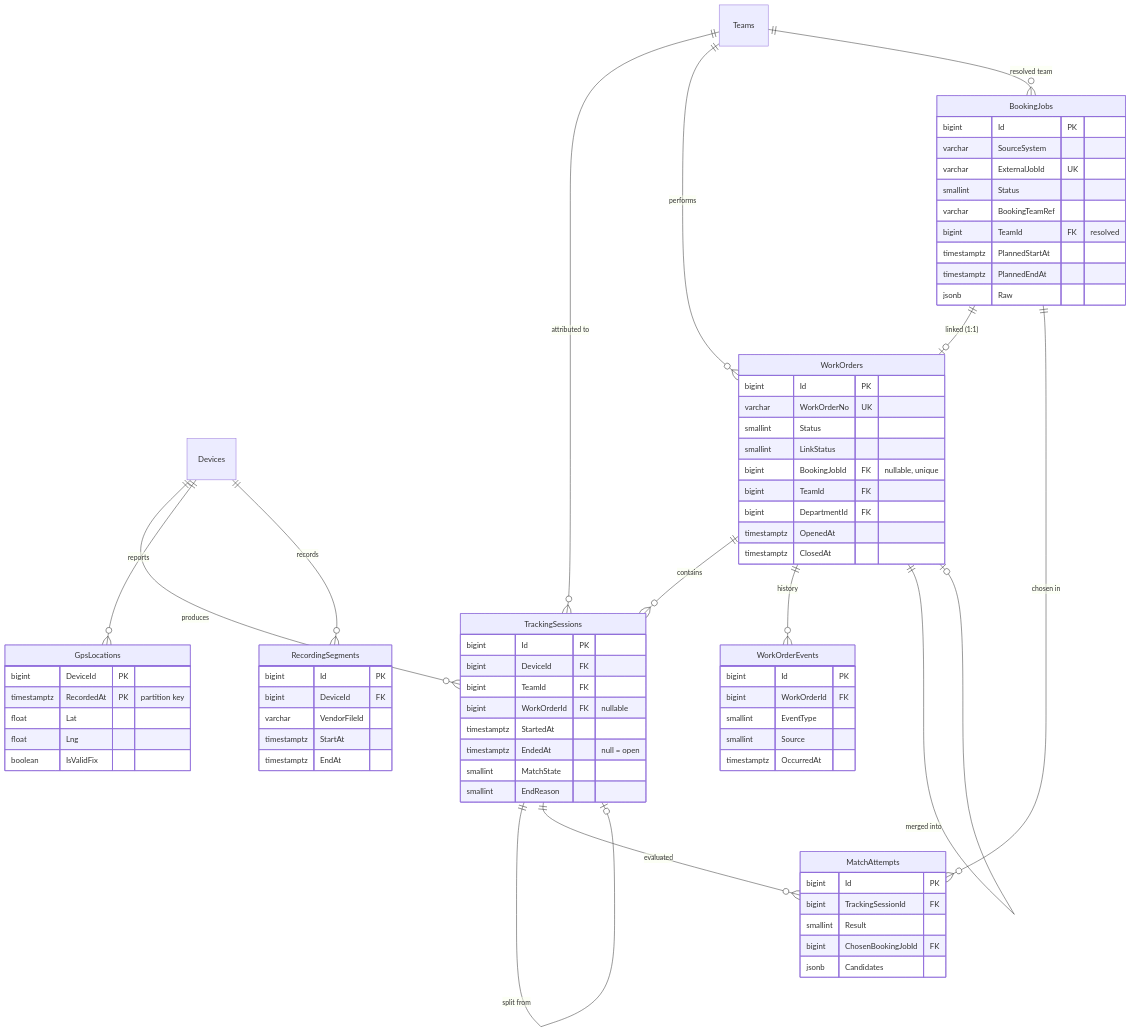
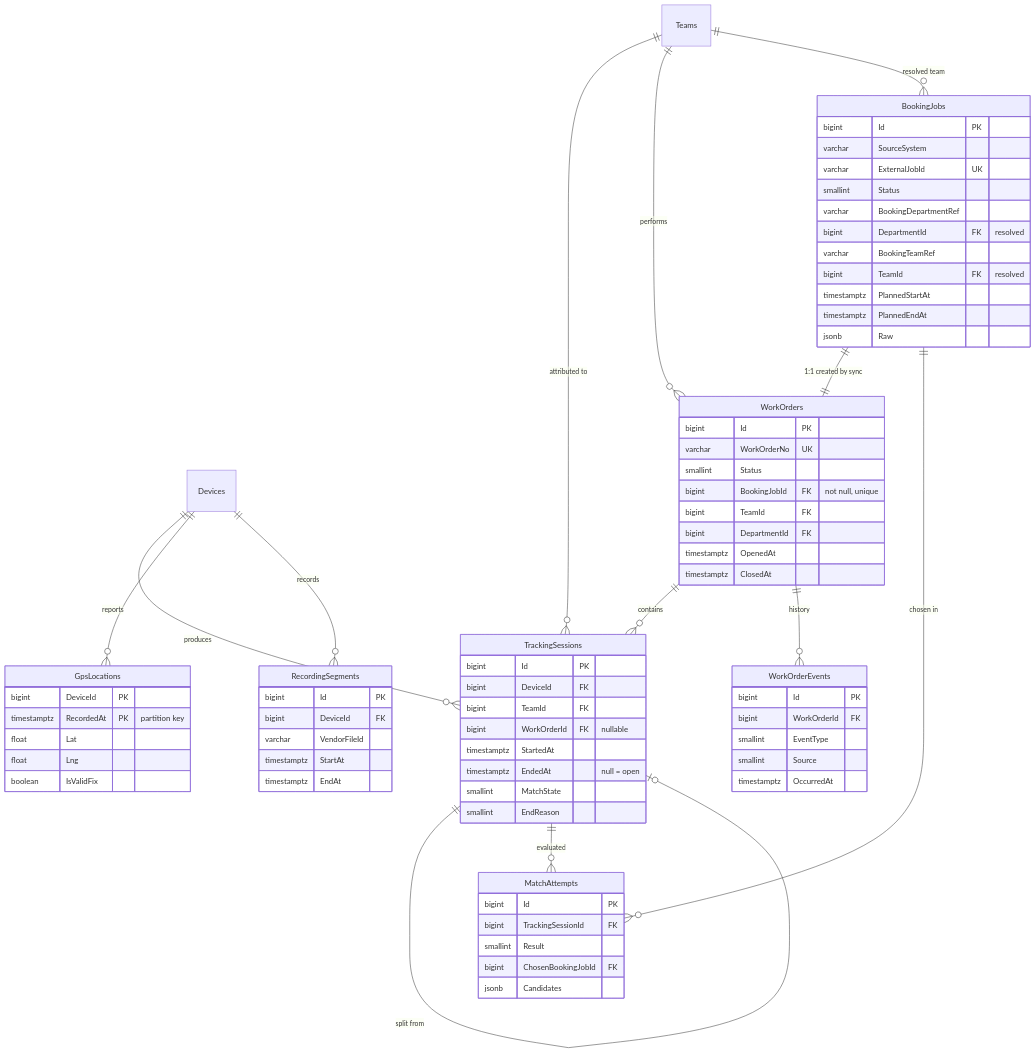
The second of 3 diagrams in docs/blueprint/04-database-design.md (b-werayut/psd-bodycam-v1.0), drawn with Mermaid before and after one commit. The commit also changed other lines of this file and 304 other files, not shown here.

````diff
--- a/docs/blueprint/04-database-design.md
+++ b/docs/blueprint/04-database-design.md
@@ -129,77 +129,77 @@
 ```mermaid
 erDiagram
   Devices ||--o{ TrackingSessions : produces
   Teams ||--o{ TrackingSessions : "attributed to"
   WorkOrders ||--o{ TrackingSessions : contains
   TrackingSessions ||--o| TrackingSessions : "split from"
   Teams ||--o{ WorkOrders : performs
-  BookingJobs ||--o| WorkOrders : "linked (1:1)"
+  BookingJobs ||--|| WorkOrders : "1:1 created by sync"
   WorkOrders ||--o{ WorkOrderEvents : history
-  WorkOrders ||--o| WorkOrders : "merged into"
   TrackingSessions ||--o{ MatchAttempts : evaluated
   BookingJobs ||--o{ MatchAttempts : "chosen in"
   Teams ||--o{ BookingJobs : "resolved team"
   Devices ||--o{ GpsLocations : reports
   Devices ||--o{ RecordingSegments : records
 
   TrackingSessions {
     bigint Id PK
     bigint DeviceId FK
     bigint TeamId FK
     bigint WorkOrderId FK "nullable"
     timestamptz StartedAt
     timestamptz EndedAt "null = open"
     smallint MatchState
     smallint EndReason
   }
   WorkOrders {
     bigint Id PK
     varchar WorkOrderNo UK
     smallint Status
-    smallint LinkStatus
-    bigint BookingJobId FK "nullable, unique"
+    bigint BookingJobId FK "not null, unique"
     bigint TeamId FK
     bigint DepartmentId FK
     timestamptz OpenedAt
     timestamptz ClosedAt
   }
   BookingJobs {
     bigint Id PK
     varchar SourceSystem
     varchar ExternalJobId UK
     smallint Status
+    varchar BookingDepartmentRef
+    bigint DepartmentId FK "resolved"
     varchar BookingTeamRef
     bigint TeamId FK "resolved"
     timestamptz PlannedStartAt
     timestamptz PlannedEndAt
     jsonb Raw
   }
   MatchAttempts {
     bigint Id PK
     bigint TrackingSessionId FK
     smallint Result
     bigint ChosenBookingJobId FK
     jsonb Candidates
   }
   WorkOrderEvents {
     bigint Id PK
     bigint WorkOrderId FK
     smallint EventType
     smallint Source
     timestamptz OccurredAt
   }
   GpsLocations {
     bigint DeviceId PK
     timestamptz RecordedAt PK "partition key"
     float Lat
     float Lng
     boolean IsValidFix
   }
   RecordingSegments {
     bigint Id PK
     bigint DeviceId FK
     varchar VendorFileId
     timestamptz StartAt
     timestamptz EndAt
   }
 ```
````
